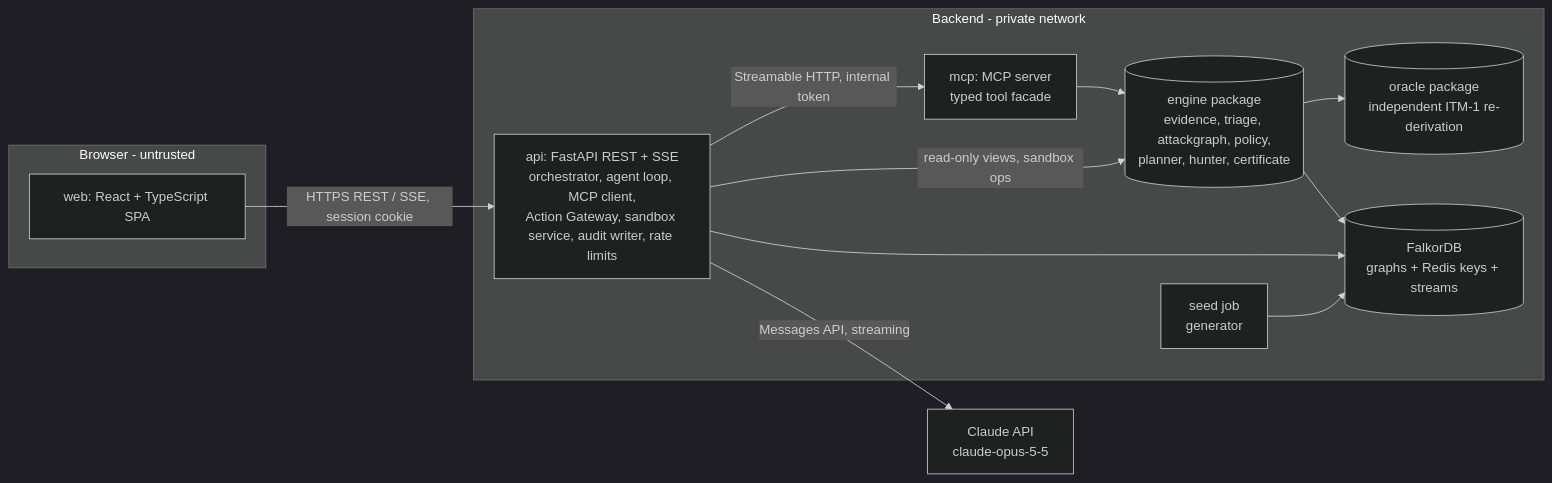
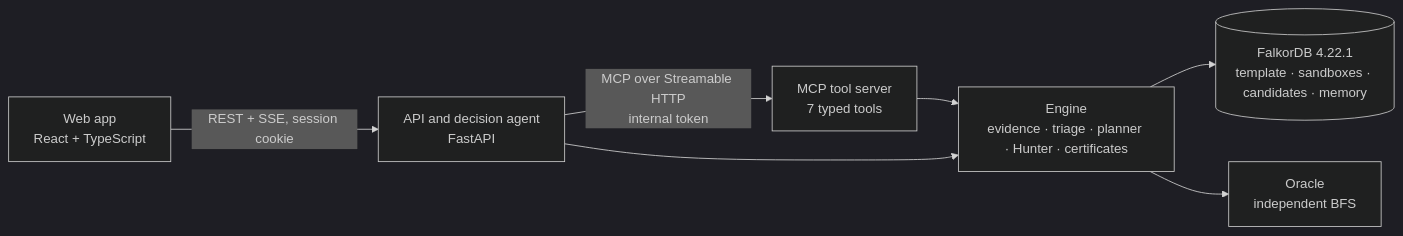
The third of 4 diagrams in solution.md (YashSoni998265/interdict), drawn with Mermaid (dark theme) before and after one commit. The commit also changed other lines of this file and 1 other file, not shown here.

````diff
--- a/solution.md
+++ b/solution.md
@@ -1125,24 +714,9 @@
 ```mermaid
 flowchart LR
-    subgraph Browser [Browser - untrusted]
-        WEB[web: React + TypeScript SPA]
-    end
-    subgraph Private [Backend - private network]
-        API[api: FastAPI REST + SSE<br/>orchestrator, agent loop, MCP client,<br/>Action Gateway, sandbox service, audit writer, rate limits]
-        MCP[mcp: MCP server<br/>typed tool facade]
-        ENG[(engine package<br/>evidence, triage, attackgraph, policy,<br/>planner, hunter, certificate)]
-        ORA[(oracle package<br/>independent ITM-1 re-derivation)]
-        SEED[seed job<br/>generator]
-        FDB[(FalkorDB<br/>graphs + Redis keys + streams)]
-    end
-    LLM[Claude API<br/>claude-opus-5-5]
-    WEB -- HTTPS REST / SSE, session cookie --> API
-    API -- Streamable HTTP, internal token --> MCP
-    API -- Messages API, streaming --> LLM
-    MCP --> ENG
-    API -- read-only views, sandbox ops --> ENG
-    ENG --> ORA
-    ENG --> FDB
-    API --> FDB
-    SEED --> FDB
+    Browser[Web app<br/>React + TypeScript] -- REST + SSE, session cookie --> API[API and decision agent<br/>FastAPI]
+    API -- MCP over Streamable HTTP<br/>internal token --> MCP[MCP tool server<br/>7 typed tools]
+    MCP --> Engine[Engine<br/>evidence · triage · planner · Hunter · certificates]
+    API --> Engine
+    Engine --> FDB[(FalkorDB 4.22.1<br/>template · sandboxes · candidates · memory)]
+    Engine --> Oracle[Oracle<br/>independent BFS]
 ```
````
